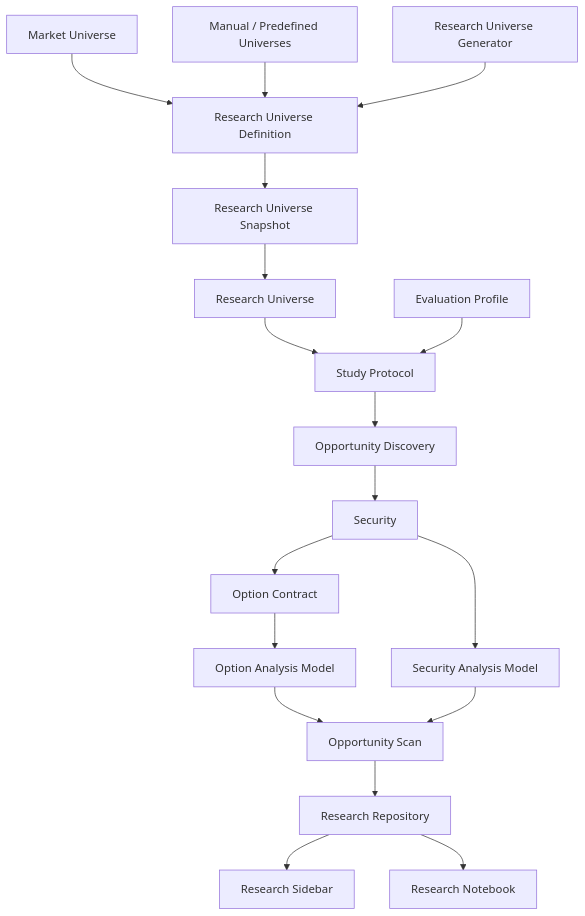
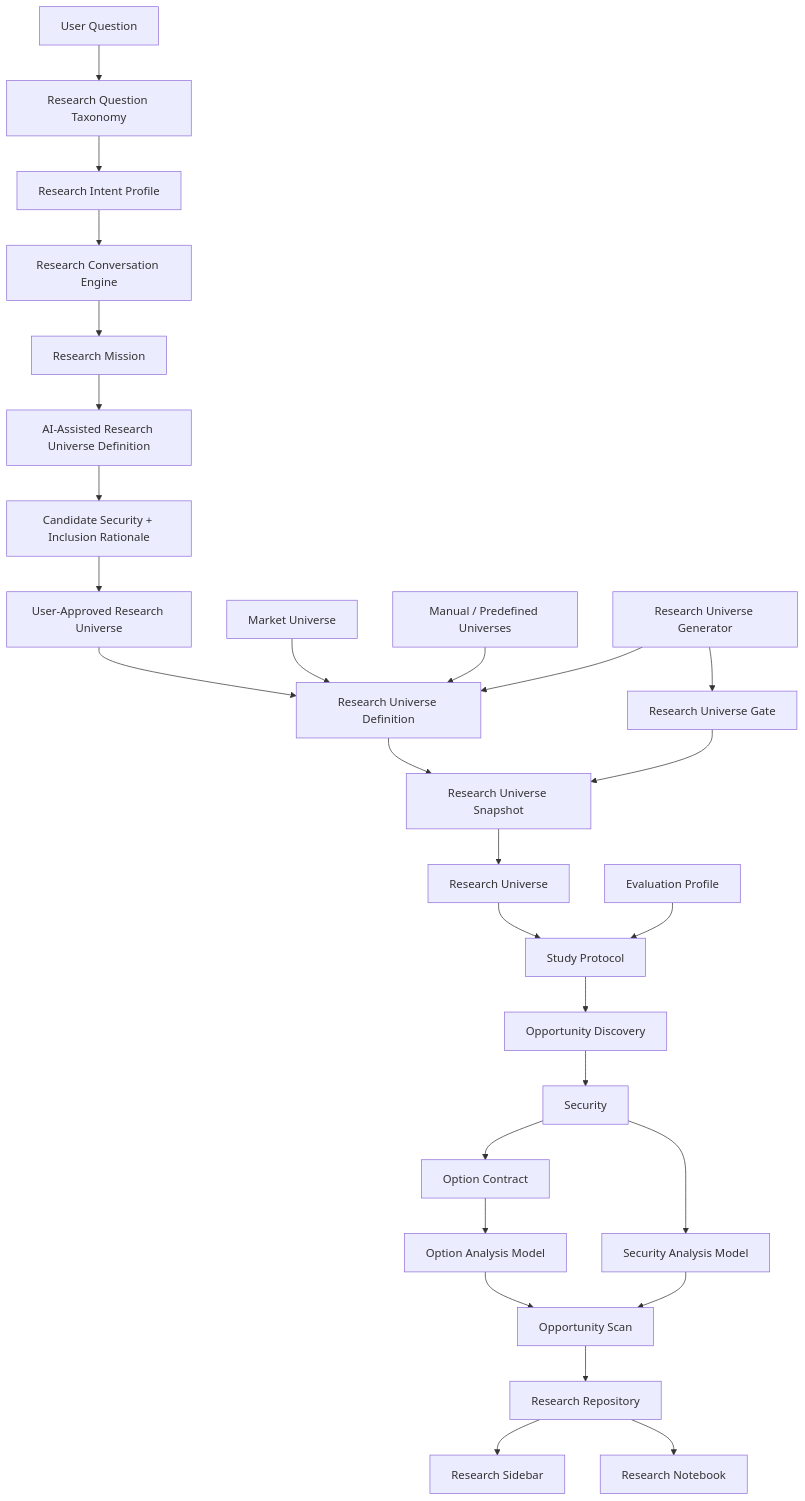
The diagram in docs/glossary/Stock_Screener_Domain_Model_and_Glossary.md (dkwatters/kip-options-scanner), drawn with Mermaid before and after one commit. The commit also changed other lines of this file and 11 other files, not shown here.

First line of the commit message:
feat(workspace): redesign question-first research workspace

````diff
--- a/docs/glossary/Stock_Screener_Domain_Model_and_Glossary.md
+++ b/docs/glossary/Stock_Screener_Domain_Model_and_Glossary.md
@@ -553,20 +752,30 @@
 ```mermaid
 flowchart TD
+    UQ[User Question] --> RQT[Research Question Taxonomy]
+    RQT --> RIP[Research Intent Profile]
+    RIP --> RCE[Research Conversation Engine]
+    RCE --> RM[Research Mission]
+    RM --> AURD[AI-Assisted Research Universe Definition]
+    AURD --> CS[Candidate Security + Inclusion Rationale]
+    CS --> UARU[User-Approved Research Universe]
     MU[Market Universe] --> RUD[Research Universe Definition]
     ML[Manual / Predefined Universes] --> RUD
     RUG[Research Universe Generator] --> RUD
+    UARU --> RUD
+    RUG --> RUGATE[Research Universe Gate]
+    RUGATE --> RUS[Research Universe Snapshot]
     RUD --> RUS[Research Universe Snapshot]
     RUS --> RU[Research Universe]
     RU --> SP[Study Protocol]
     EP[Evaluation Profile] --> SP
     SP --> OD[Opportunity Discovery]
     OD --> SEC[Security]
     SEC --> OC[Option Contract]
     OC --> OAM[Option Analysis Model]
     SEC --> SAM[Security Analysis Model]
     OAM --> OS[Opportunity Scan]
     SAM --> OS
     OS --> RR[Research Repository]
     RR --> RD[Research Sidebar]
     RR --> RN[Research Notebook]
 ```
````
